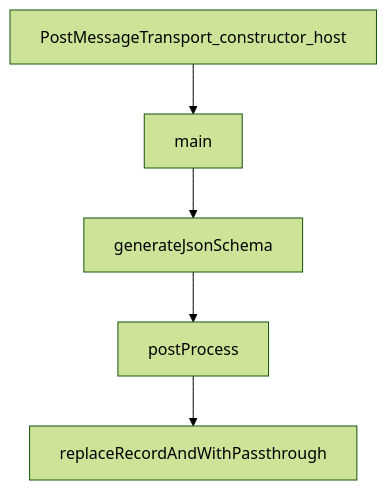
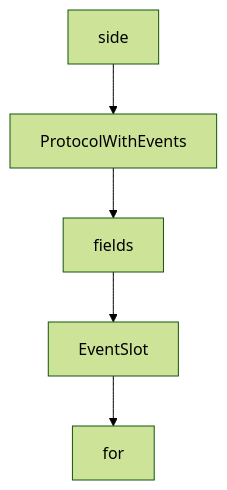
The diagram in tutorials/mcp-ext-apps-tutorial/06-testing-local-hosts-and-integration-workflows.md (johnxie/awesome-code-docs), drawn with Mermaid (forest theme) before and after one commit. The commit also changed other lines of this file and 1232 other files, not shown here.

````diff
--- a/tutorials/mcp-ext-apps-tutorial/06-testing-local-hosts-and-integration-workflows.md
+++ b/tutorials/mcp-ext-apps-tutorial/06-testing-local-hosts-and-integration-workflows.md
@@ -194,12 +212,12 @@
 ```mermaid
 flowchart TD
-    A[PostMessageTransport_constructor_host]
-    B[main]
-    C[generateJsonSchema]
-    D[postProcess]
-    E[replaceRecordAndWithPassthrough]
+    A[side]
+    B[ProtocolWithEvents]
+    C[fields]
+    D[EventSlot]
+    E[for]
     A --> B
     B --> C
     C --> D
     D --> E
 ```
````
